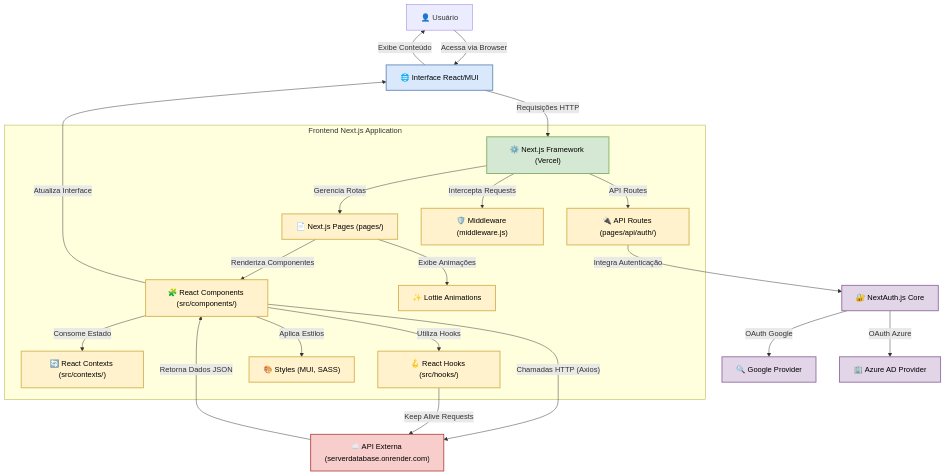
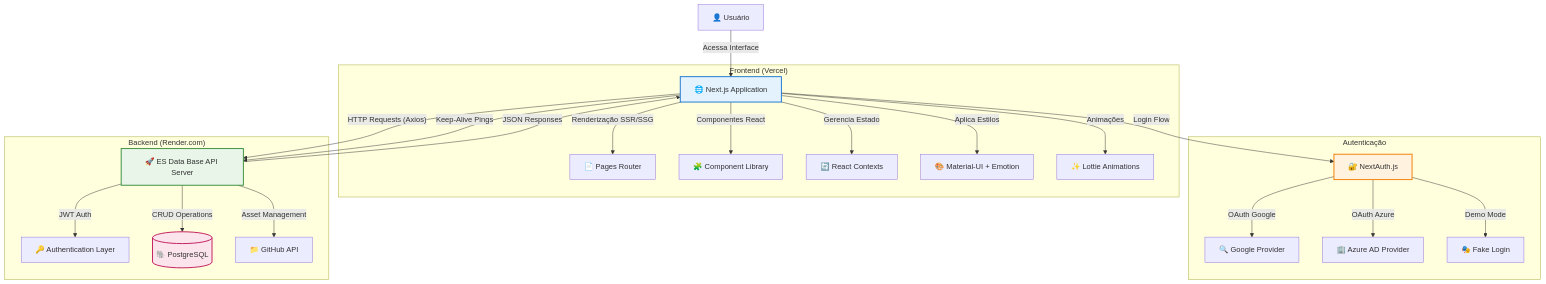
Before and after one commit to ESousa97/esdatabasev2: the diagram in README.md, drawn with Mermaid. The commit also changed other lines of this file and 1 other file, not shown here.

````diff
--- a/README.md
+++ b/README.md
@@ -61,43 +63,36 @@
 ```mermaid
 graph TD
-    Usuario["👤 Usuário"] -- "Acessa via Browser" --> UI["🌐 Interface React/MUI"]
-    UI -- "Requisições HTTP" --> NextFramework["⚙️ Next.js Framework (Vercel)"]
-    
-    subgraph "Frontend Next.js Application"
-        NextFramework -- "Gerencia Rotas" --> Pages["📄 Next.js Pages (pages/)"]
-        NextFramework -- "API Routes" --> ApiRoutes["🔌 API Routes (pages/api/auth/)"]
-        NextFramework -- "Intercepta Requests" --> Middleware["🛡️ Middleware (middleware.js)"]
-        Pages -- "Renderiza Componentes" --> Components["🧩 React Components (src/components/)"]
-        Components -- "Consome Estado" --> Contexts["🔄 React Contexts (src/contexts/)"]
-        Components -- "Utiliza Hooks" --> Hooks["🪝 React Hooks (src/hooks/)"]
-        Components -- "Aplica Estilos" --> Styles["🎨 Styles (MUI, SASS)"]
-        Pages -- "Exibe Animações" --> Animations["✨ Lottie Animations"]
+    subgraph "Frontend (Vercel)"
+        UI[🌐 Next.js Application]
+        UI -- "Renderização SSR/SSG" --> Pages[📄 Pages Router]
+        UI -- "Componentes React" --> Components[🧩 Component Library]
+        UI -- "Gerencia Estado" --> Contexts[🔄 React Contexts]
+        UI -- "Aplica Estilos" --> MUI[🎨 Material-UI + Emotion]
+        UI -- "Animações" --> Lottie[✨ Lottie Animations]
     end
     
-    ApiRoutes -- "Integra Autenticação" --> NextAuth["🔐 NextAuth.js Core"]
-    NextAuth -- "OAuth Google" --> GoogleProvider["🔍 Google Provider"]
-    NextAuth -- "OAuth Azure" --> AzureProvider["🏢 Azure AD Provider"]
+    subgraph "Autenticação"
+        NextAuth[🔐 NextAuth.js]
+        NextAuth -- "OAuth Google" --> Google[🔍 Google Provider]
+        NextAuth -- "OAuth Azure" --> Azure[🏢 Azure AD Provider]
+        NextAuth -- "Demo Mode" --> FakeLogin[🎭 Fake Login]
+    end
     
-    Components -- "Chamadas HTTP (Axios)" --> ExternalAPI["☁️ API Externa (serverdatabase.onrender.com)"]
-    Hooks -- "Keep Alive Requests" --> ExternalAPI
+    subgraph "Backend (Render.com)"
+        API[🚀 ES Data Base API Server]
+        API -- "JWT Auth" --> Auth[🔑 Authentication Layer]
+        API -- "CRUD Operations" --> Database[(🐘 PostgreSQL)]
+        API -- "Asset Management" --> GitHub[📁 GitHub API]
+    end
     
-    ExternalAPI -- "Retorna Dados JSON" --> Components
-    Components -- "Atualiza Interface" --> UI
-    UI -- "Exibe Conteúdo" --> Usuario
-
-    %% Estilos para diferentes camadas
-    style UI fill:#DAE8FC,stroke:#6C8EBF,stroke-width:2px,color:#000
-    style NextFramework fill:#D5E8D4,stroke:#82B366,stroke-width:2px,color:#000
-    style Pages fill:#FFF2CC,stroke:#D6B656,stroke-width:2px,color:#000
-    style ApiRoutes fill:#FFF2CC,stroke:#D6B656,stroke-width:2px,color:#000
-    style Middleware fill:#FFF2CC,stroke:#D6B656,stroke-width:2px,color:#000
-    style Components fill:#FFF2CC,stroke:#D6B656,stroke-width:2px,color:#000
-    style Contexts fill:#FFF2CC,stroke:#D6B656,stroke-width:2px,color:#000
-    style Hooks fill:#FFF2CC,stroke:#D6B656,stroke-width:2px,color:#000
-    style Styles fill:#FFF2CC,stroke:#D6B656,stroke-width:2px,color:#000
-    style Animations fill:#FFF2CC,stroke:#D6B656,stroke-width:2px,color:#000
-    style NextAuth fill:#E1D5E7,stroke:#9673A6,stroke-width:2px,color:#000
-    style GoogleProvider fill:#E1D5E7,stroke:#9673A6,stroke-width:2px,color:#000
-    style AzureProvider fill:#E1D5E7,stroke:#9673A6,stroke-width:2px,color:#000
-    style ExternalAPI fill:#F8CECC,stroke:#B85450,stroke-width:2px,color:#000
+    Usuario[👤 Usuário] -- "Acessa Interface" --> UI
+    UI -- "Login Flow" --> NextAuth
+    UI -- "HTTP Requests (Axios)" --> API
+    API -- "JSON Responses" --> UI
+    UI -- "Keep-Alive Pings" --> API
+    
+    style UI fill:#E3F2FD,stroke:#1976D2,stroke-width:2px
+    style API fill:#E8F5E8,stroke:#388E3C,stroke-width:2px
+    style NextAuth fill:#FFF3E0,stroke:#F57C00,stroke-width:2px
+    style Database fill:#FCE4EC,stroke:#C2185B,stroke-width:2px
 ```
````
